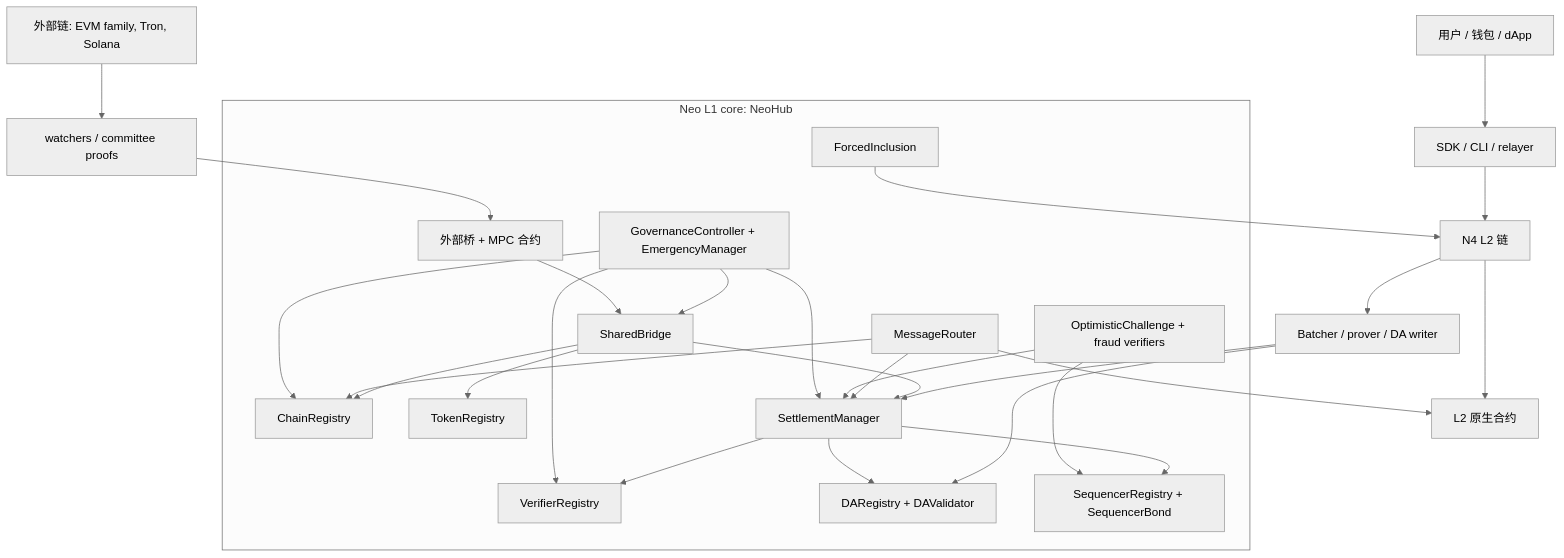
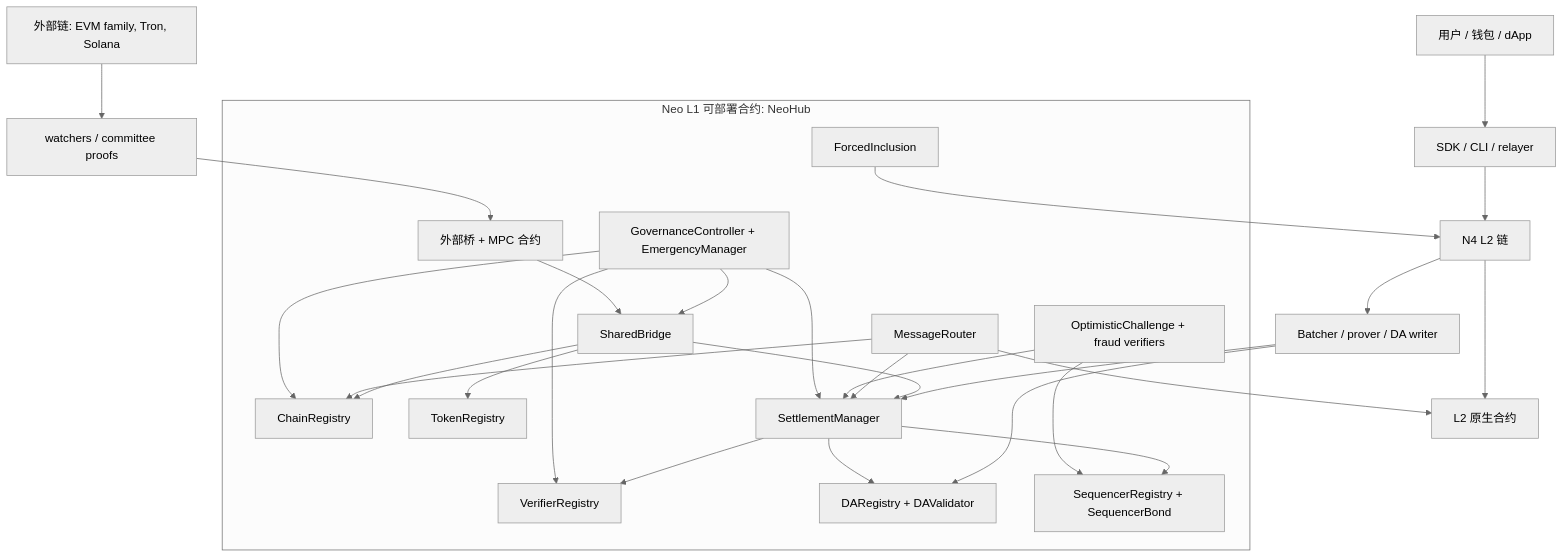
The first of 10 diagrams in docs/zh/neohub-architecture-and-workflows.md (r3e-network/neo-n4), drawn with Mermaid (neutral theme) before and after one commit. The commit also changed other lines of this file and 17 other files, not shown here.

Commit message:
Document NeoHub as deployable L1 contracts

````diff
--- a/docs/zh/neohub-architecture-and-workflows.md
+++ b/docs/zh/neohub-architecture-and-workflows.md
@@ -29,45 +31,45 @@
 ```mermaid
 flowchart TB
     user["用户 / 钱包 / dApp"] --> sdk["SDK / CLI / relayer"]
     sdk --> l2["N4 L2 链"]
     l2 --> batcher["Batcher / prover / DA writer"]
     l2 --> l2native["L2 原生合约"]
 
-    subgraph l1["Neo L1 core: NeoHub"]
+    subgraph l1["Neo L1 可部署合约: NeoHub"]
         chain["ChainRegistry"]
         token["TokenRegistry"]
         bridge["SharedBridge"]
         settle["SettlementManager"]
         verifier["VerifierRegistry"]
         msg["MessageRouter"]
         da["DARegistry + DAValidator"]
         seq["SequencerRegistry + SequencerBond"]
         force["ForcedInclusion"]
         challenge["OptimisticChallenge + fraud verifiers"]
         gov["GovernanceController + EmergencyManager"]
         ext["外部桥 + MPC 合约"]
     end
 
     batcher --> da
     batcher --> settle
     settle --> verifier
     settle --> da
     settle --> seq
     bridge --> token
     bridge --> chain
     bridge --> settle
     msg --> chain
     msg --> settle
     msg --> l2native
     force --> l2
     challenge --> settle
     challenge --> seq
     gov --> chain
     gov --> verifier
     gov --> bridge
     gov --> settle
     ext --> bridge
 
     foreign["外部链: EVM family, Tron, Solana"] --> watcher["watchers / committee proofs"]
     watcher --> ext
 ```
````
